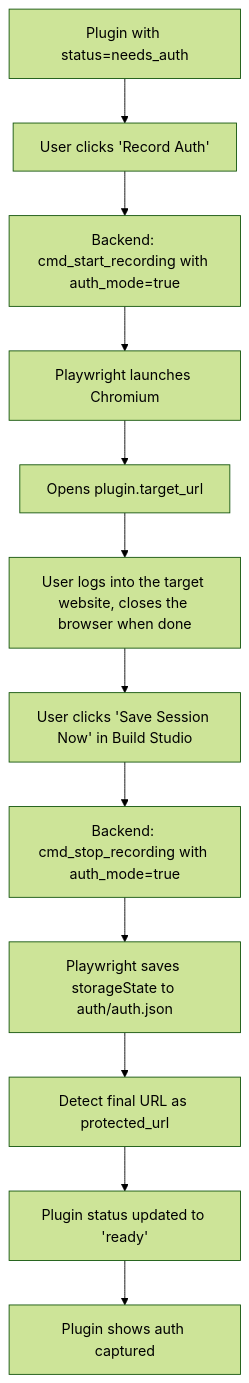
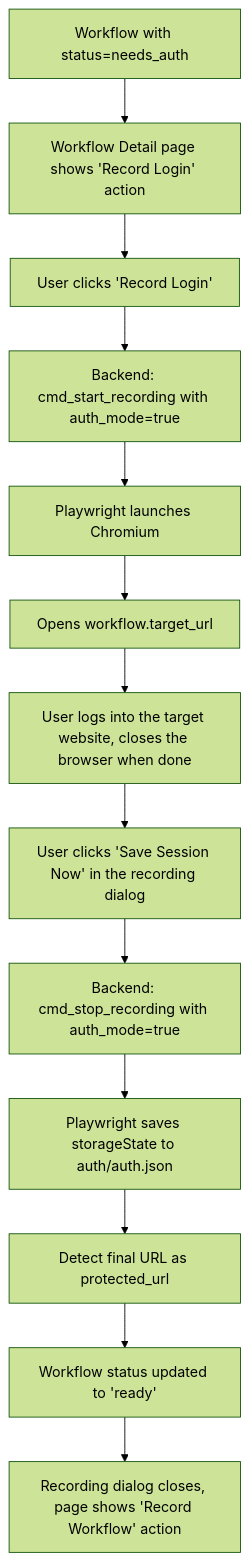
Before and after one commit to Cannonbold2412/CONXA: the fourth of 19 diagrams in docs/App-Flow.md, drawn with Mermaid (forest theme). The commit also changed other lines of this file and 8 other files, not shown here.

First line of the commit message:
docs: update TRD/PRD/Backend-Schema/UI-UX-Brief for Workflow/SkillPack and pricing ladder

````diff
--- a/docs/App-Flow.md
+++ b/docs/App-Flow.md
@@ -118,14 +121,15 @@
 ```mermaid
 flowchart TD
-    A[Plugin with status=needs_auth] --> B[User clicks 'Record Auth']
-    B --> C[Backend: cmd_start_recording with auth_mode=true]
-    C --> D[Playwright launches Chromium]
-    D --> E[Opens plugin.target_url]
-    E --> F[User logs into the target website, closes the browser when done]
-    F --> G[User clicks 'Save Session Now' in Build Studio]
-    G --> H[Backend: cmd_stop_recording with auth_mode=true]
-    H --> I[Playwright saves storageState to auth/auth.json]
-    I --> J[Detect final URL as protected_url]
-    J --> K[Plugin status updated to 'ready']
-    K --> L[Plugin shows auth captured]
+    A[Workflow with status=needs_auth] --> B["Workflow Detail page shows 'Record Login' action"]
+    B --> C[User clicks 'Record Login']
+    C --> D[Backend: cmd_start_recording with auth_mode=true]
+    D --> E[Playwright launches Chromium]
+    E --> F[Opens workflow.target_url]
+    F --> G[User logs into the target website, closes the browser when done]
+    G --> H[User clicks 'Save Session Now' in the recording dialog]
+    H --> I[Backend: cmd_stop_recording with auth_mode=true]
+    I --> J[Playwright saves storageState to auth/auth.json]
+    J --> K[Detect final URL as protected_url]
+    K --> L[Workflow status updated to 'ready']
+    L --> M[Recording dialog closes, page shows 'Record Workflow' action]
 ```
````
